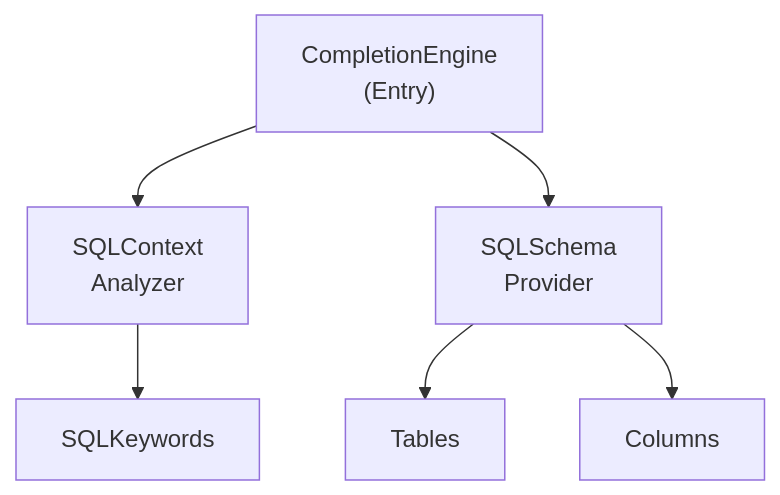
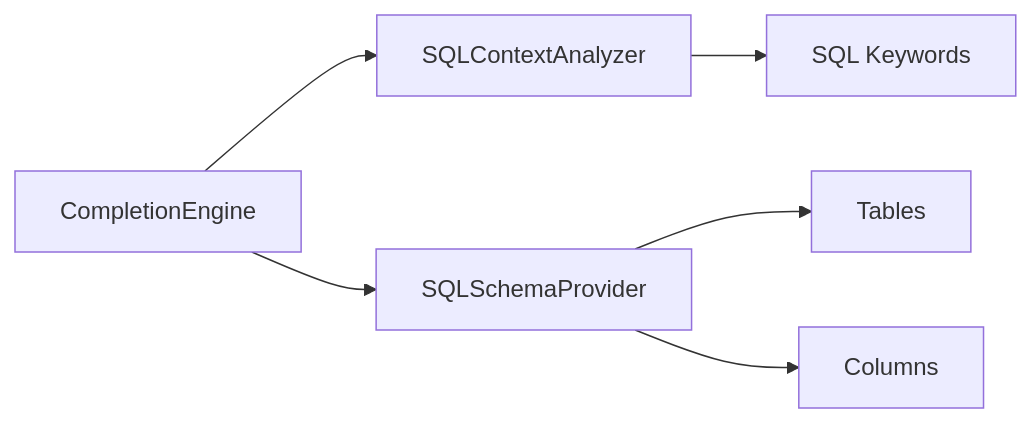
The first of 3 diagrams in docs/development/architecture.mdx (TableProApp/TablePro), drawn with Mermaid before and after one commit. The commit also changed other lines of this file and 5 other files, not shown here.

````diff
--- a/docs/development/architecture.mdx
+++ b/docs/development/architecture.mdx
@@ -171,9 +108,8 @@
 ```mermaid
-flowchart TB
-    Engine["CompletionEngine<br>(Entry)"]
-    Engine --> Context["SQLContext<br>Analyzer"]
-    Engine --> Schema["SQLSchema<br>Provider"]
-    Schema --> Tables["Tables"]
-    Schema --> Columns["Columns"]
-    Context --> Keywords["SQLKeywords"]
+flowchart LR
+    CE["CompletionEngine"] --> SCA["SQLContextAnalyzer"]
+    CE --> SSP["SQLSchemaProvider"]
+    SSP --> Tables
+    SSP --> Columns
+    SCA --> Keywords["SQL Keywords"]
 ```
````
